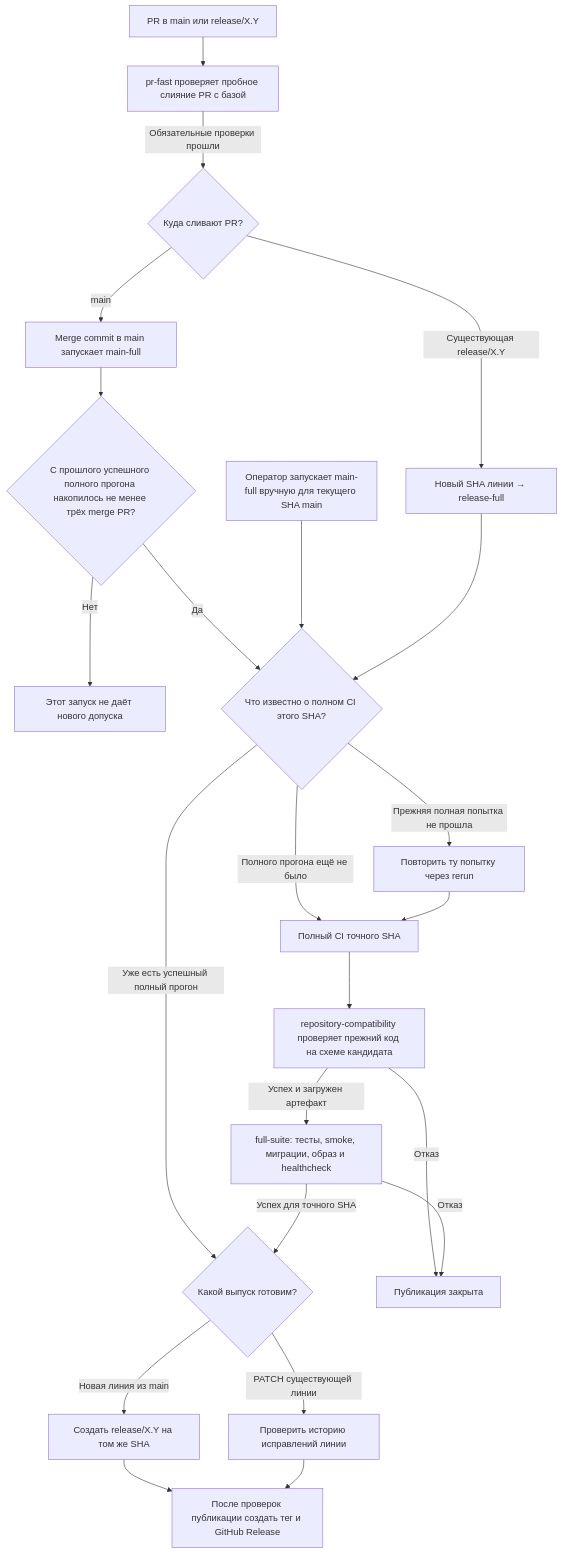
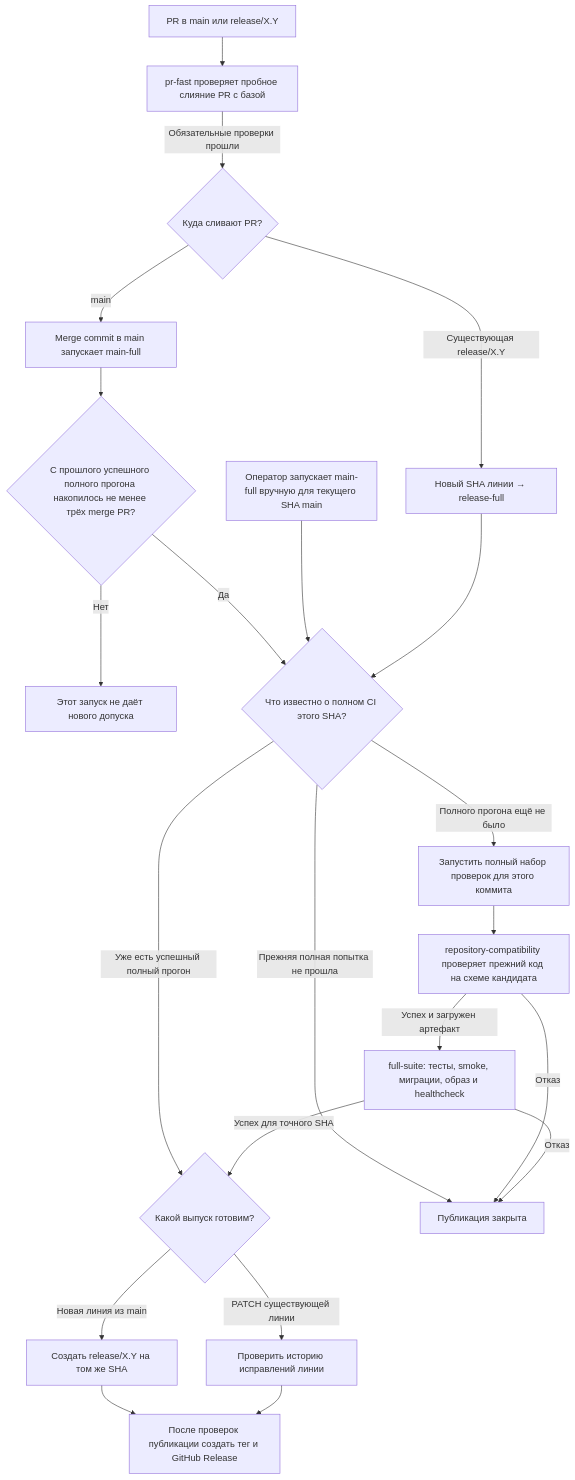
One commit to karateka-git/compadre-assistant changed the first of 4 diagrams in docs/release-ci-admission/CI_AND_DEPLOY.md. Above: the diagram before and after it, drawn with Mermaid. The commit also changed other lines of this file, not shown here.

````diff
--- a/docs/release-ci-admission/CI_AND_DEPLOY.md
+++ b/docs/release-ci-admission/CI_AND_DEPLOY.md
@@ -10,25 +10,24 @@
 ```mermaid
 flowchart TD
     PR["PR в main или release/X.Y"] --> FAST["pr-fast проверяет пробное слияние PR с базой"]
     FAST -->|Обязательные проверки прошли| TARGET{"Куда сливают PR?"}
     TARGET -->|main| MAIN["Merge commit в main запускает main-full"]
     TARGET -->|Существующая release/X.Y| PATCH["Новый SHA линии → release-full"]
     MAIN --> COUNT{"С прошлого успешного полного прогона накопилось не менее трёх merge PR?"}
     COUNT -->|Нет| SKIP["Этот запуск не даёт нового допуска"]
     COUNT -->|Да| CHECK{"Что известно о полном CI этого SHA?"}
     MANUAL["Оператор запускает main-full вручную для текущего SHA main"] --> CHECK
     PATCH --> CHECK
     CHECK -->|Уже есть успешный полный прогон| LINE
-    CHECK -->|Прежняя полная попытка не прошла| RERUN["Повторить ту попытку через rerun"]
-    CHECK -->|Полного прогона ещё не было| FULL["Полный CI точного SHA"]
-    RERUN --> FULL
+    CHECK -->|Прежняя полная попытка не прошла| NO
+    CHECK -->|Полного прогона ещё не было| FULL["Запустить полный набор проверок для этого коммита"]
     FULL --> PAIR["repository-compatibility проверяет прежний код на схеме кандидата"]
     PAIR -->|Успех и загружен артефакт| SUITE["full-suite: тесты, smoke, миграции, образ и healthcheck"]
     PAIR -->|Отказ| NO["Публикация закрыта"]
     SUITE -->|Отказ| NO
     SUITE -->|Успех для точного SHA| LINE{"Какой выпуск готовим?"}
     LINE -->|Новая линия из main| NEW["Создать release/X.Y на том же SHA"]
     LINE -->|PATCH существующей линии| HISTORY["Проверить историю исправлений линии"]
     NEW --> PUB["После проверок публикации создать тег и GitHub Release"]
     HISTORY --> PUB
 ```
````
